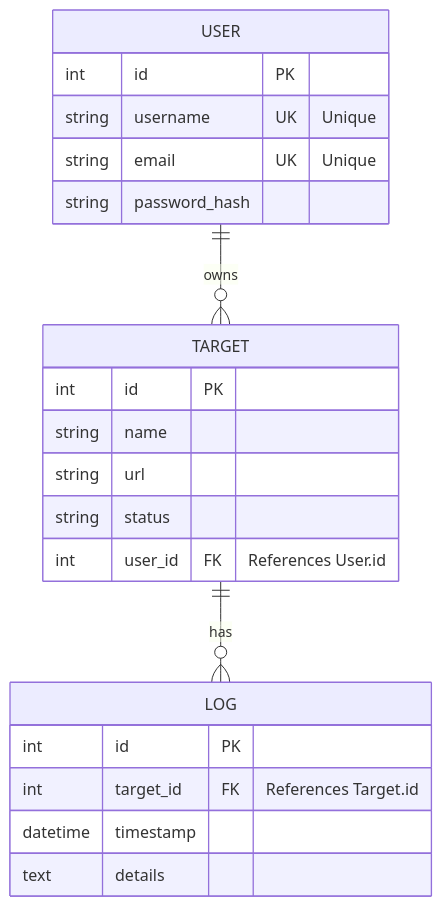
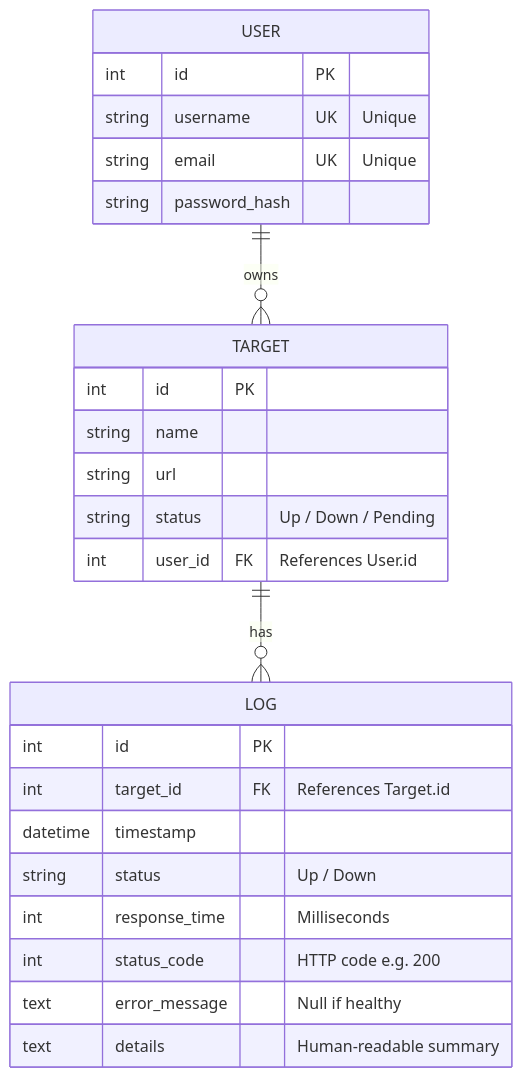
Before and after one commit to Abdelrahman744/Vigil-v2-flask: the first of 4 diagrams in README.md, drawn with Mermaid. The commit also changed other lines of this file and 6 other files, not shown here.

Commit message:
docs: complete README with updated ERD, DFD, API docs, frontend pages, and project structure

````diff
--- a/README.md
+++ b/README.md
@@ -77,27 +95,31 @@
 ```mermaid
 erDiagram
     USER ||--o{ TARGET : "owns"
     TARGET ||--o{ LOG : "has"
 
     USER {
         int id PK
         string username UK "Unique"
         string email UK "Unique"
         string password_hash
     }
 
     TARGET {
         int id PK
         string name
         string url
-        string status
+        string status "Up / Down / Pending"
         int user_id FK "References User.id"
     }
 
     LOG {
         int id PK
         int target_id FK "References Target.id"
         datetime timestamp
-        text details
+        string status "Up / Down"
+        int response_time "Milliseconds"
+        int status_code "HTTP code e.g. 200"
+        text error_message "Null if healthy"
+        text details "Human-readable summary"
     }
 ```
````
